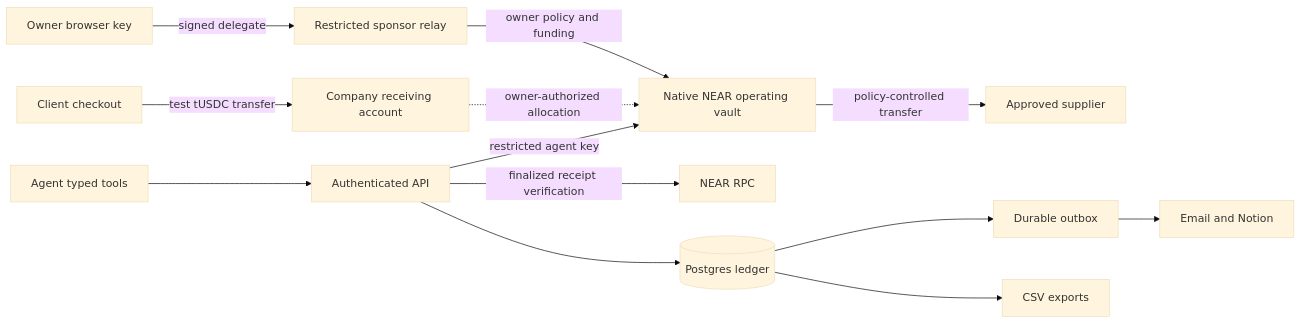
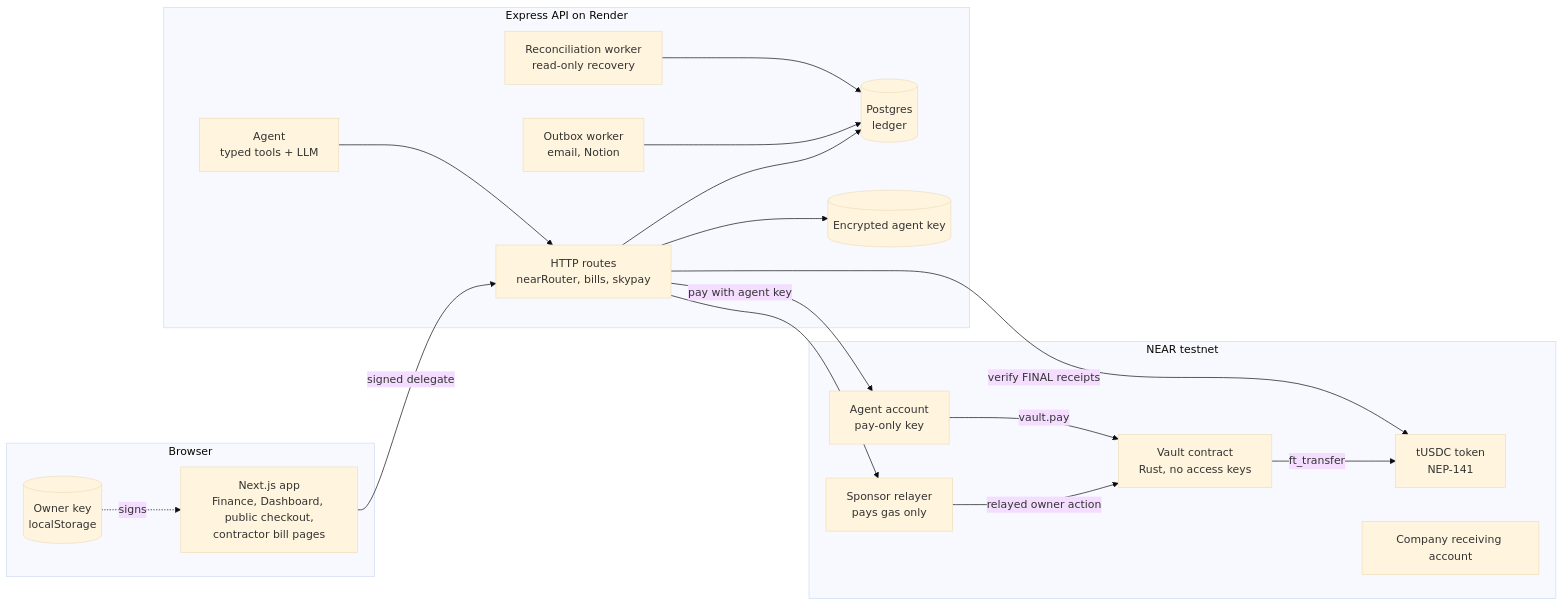
One commit to ydvSajal/Near-SKYPAY changed the first of 3 diagrams in README.md. Above: the diagram before and after it, drawn with Mermaid (base theme). The commit also changed other lines of this file and 31 other files, not shown here.

First line of the commit message:
docs: rewrite README with architecture, archive superseded docs into docsarchive/

````diff
--- a/README.md
+++ b/README.md
@@ -51,15 +39,33 @@
 ```mermaid
 flowchart LR
-  Owner[Owner browser key] -->|signed delegate| Relay[Restricted sponsor relay]
-  Relay -->|owner policy and funding| Vault[Native NEAR operating vault]
-  Agent[Agent typed tools] --> API[Authenticated API]
-  API -->|restricted agent key| Vault
-  Vault -->|policy-controlled transfer| Supplier[Approved supplier]
-  Client[Client checkout] -->|test tUSDC transfer| Company[Company receiving account]
-  Company -.->|owner-authorized allocation| Vault
-  API -->|finalized receipt verification| NEAR[NEAR RPC]
-  API --> DB[(Postgres ledger)]
-  DB --> Jobs[Durable outbox]
-  Jobs --> Email[Email and Notion]
-  DB --> CSV[CSV exports]
+  subgraph Browser
+    FE[Next.js app<br/>Finance, Dashboard, public checkout,<br/>contractor bill pages]
+    KEY[(Owner key<br/>localStorage)]
+  end
+  subgraph Server[Express API on Render]
+    API[HTTP routes<br/>nearRouter, bills, skypay]
+    AG[Agent<br/>typed tools + LLM]
+    OB[Outbox worker<br/>email, Notion]
+    REC[Reconciliation worker<br/>read-only recovery]
+    DB[(Postgres<br/>ledger)]
+    SEC[(Encrypted agent key)]
+  end
+  subgraph NEAR[NEAR testnet]
+    VAULT[Vault contract<br/>Rust, no access keys]
+    TOKEN[tUSDC token<br/>NEP-141]
+    RCV[Company receiving account]
+    AGT[Agent account<br/>pay-only key]
+    SPON[Sponsor relayer<br/>pays gas only]
+  end
+  FE -- signed delegate --> API
+  KEY -.signs.-> FE
+  API --> SPON -- relayed owner action --> VAULT
+  API -- pay with agent key --> AGT -- vault.pay --> VAULT
+  VAULT -- ft_transfer --> TOKEN
+  API -- verify FINAL receipts --> TOKEN
+  API --> DB
+  OB --> DB
+  REC --> DB
+  AG --> API
+  API --> SEC
 ```
````
